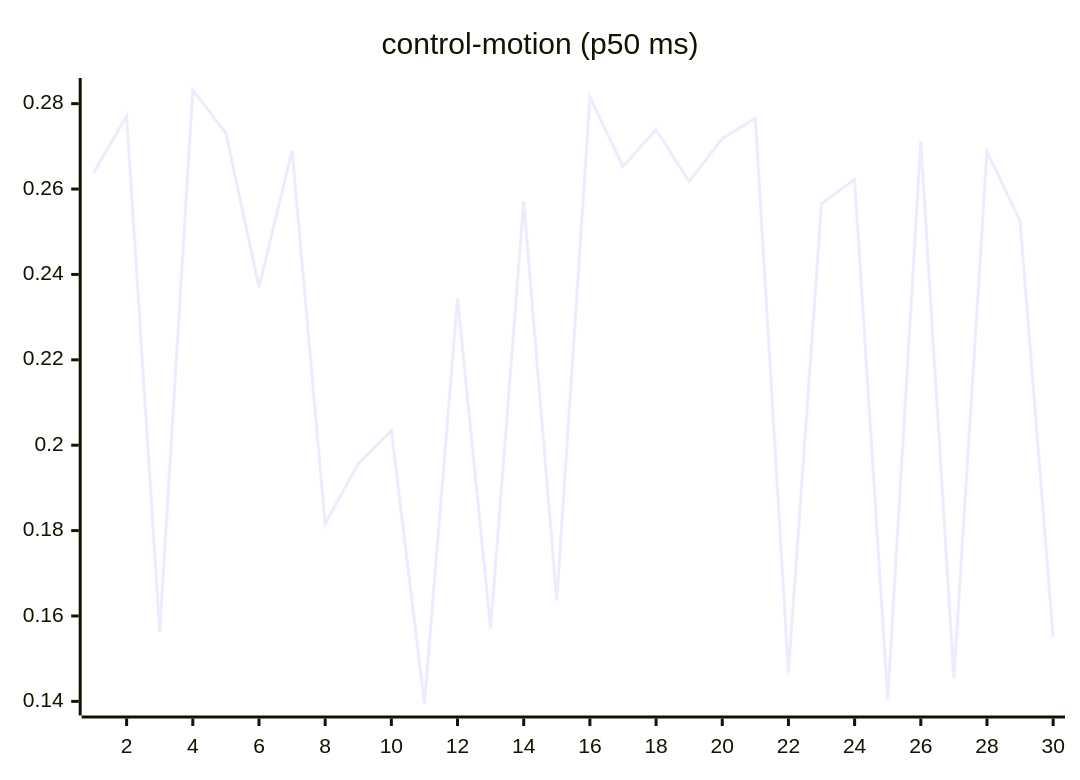
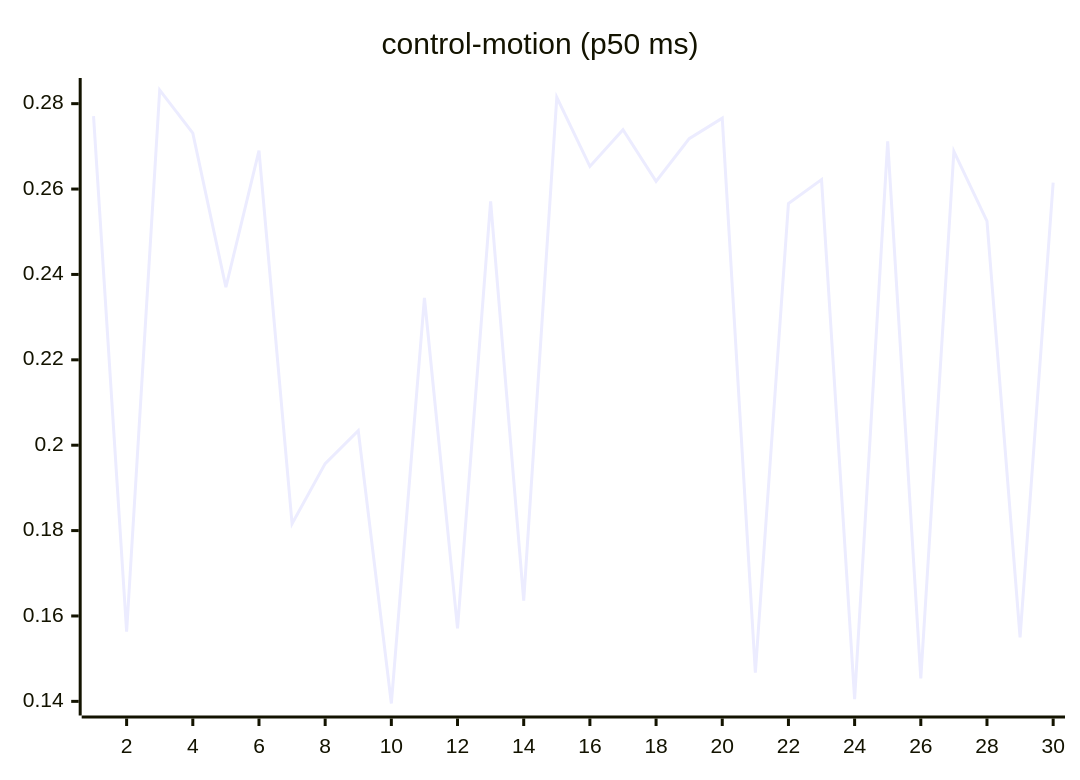
The seventh of 27 diagrams in README.md (josha/Facet), drawn with Mermaid before and after one commit. The commit also changed other lines of this file and 2 other files, not shown here.

````diff
--- a/README.md
+++ b/README.md
@@ -105,6 +105,6 @@
 ```mermaid
 xychart-beta
     title "control-motion (p50 ms)"
     x-axis 1 --> 30
-    line [0.2638, 0.2771, 0.1563, 0.2832, 0.2731, 0.2370, 0.2690, 0.1816, 0.1957, 0.2034, 0.1395, 0.2345, 0.1571, 0.2571, 0.1636, 0.2815, 0.2653, 0.2739, 0.2618, 0.2718, 0.2766, 0.1467, 0.2566, 0.2622, 0.1405, 0.2712, 0.1454, 0.2688, 0.2525, 0.1550]
+    line [0.2771, 0.1563, 0.2832, 0.2731, 0.2370, 0.2690, 0.1816, 0.1957, 0.2034, 0.1395, 0.2345, 0.1571, 0.2571, 0.1636, 0.2815, 0.2653, 0.2739, 0.2618, 0.2718, 0.2766, 0.1467, 0.2566, 0.2622, 0.1405, 0.2712, 0.1454, 0.2688, 0.2525, 0.1550, 0.2615]
 ```
````
